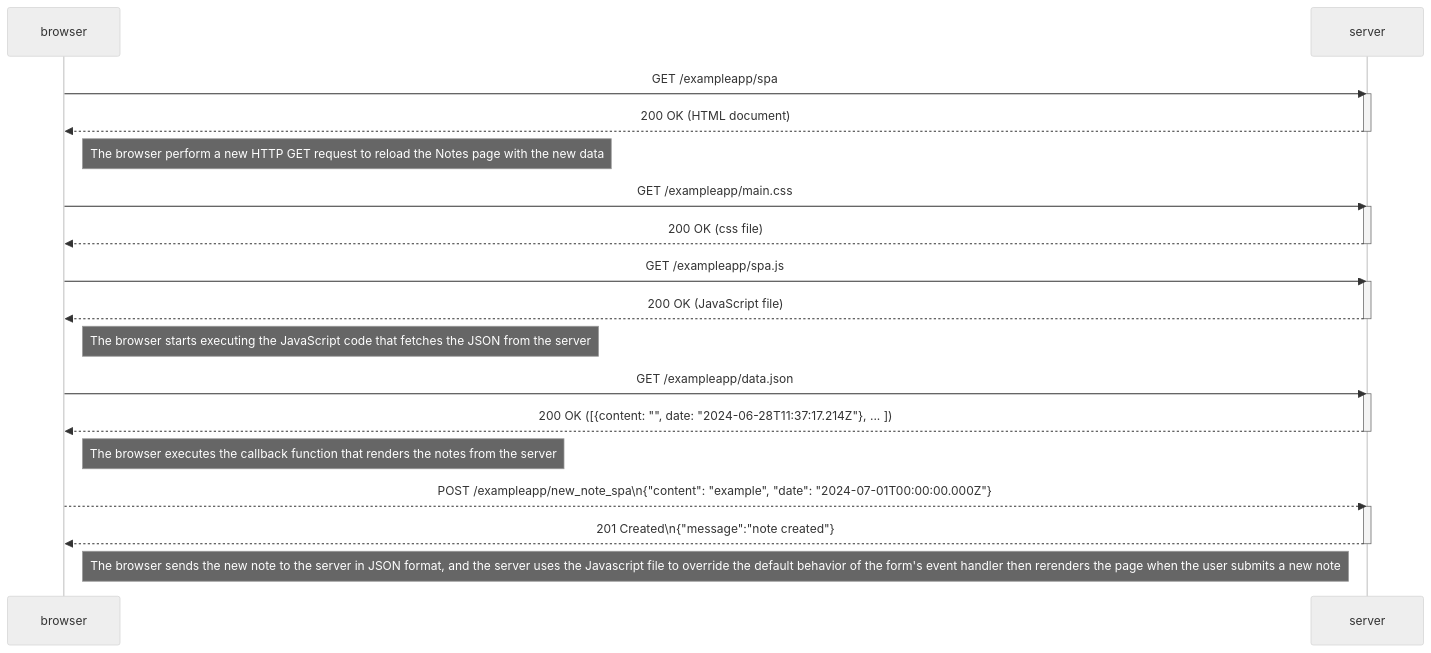
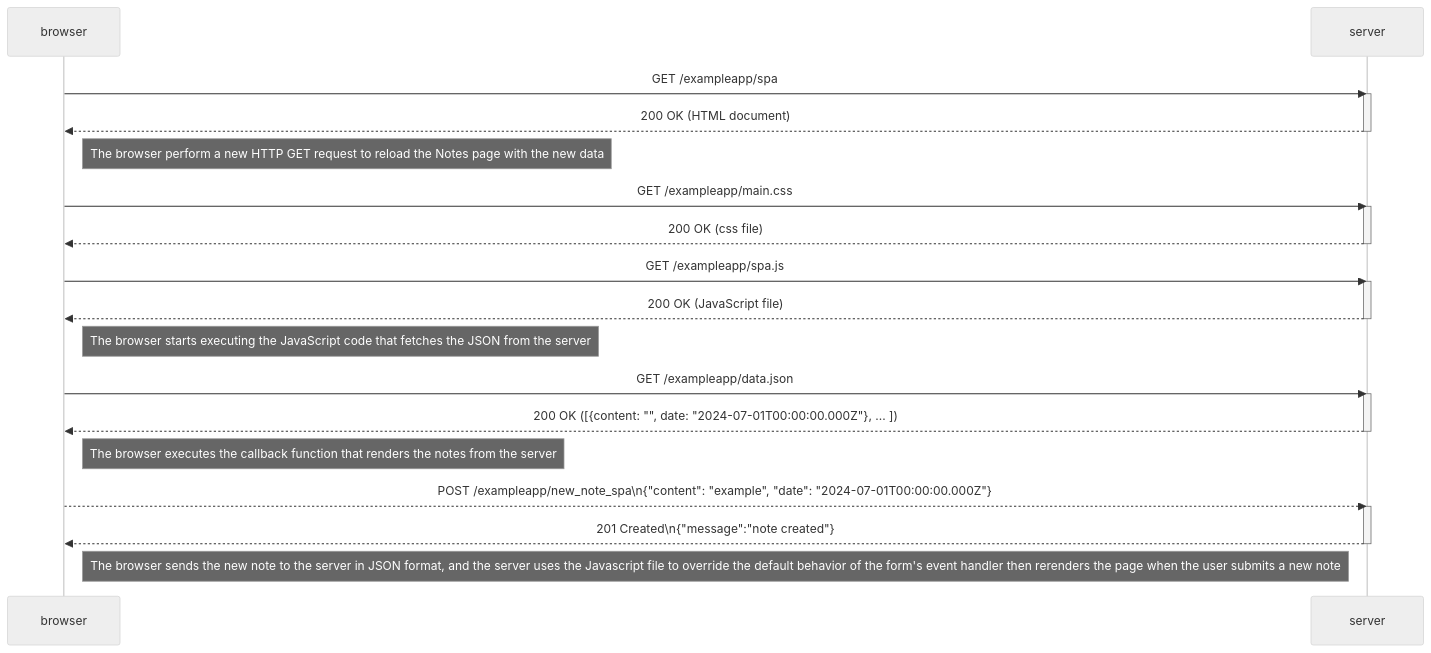
Before and after one commit to dollybuzz/fullstackopen: the diagram in part0/0.6_NewNoteSPADiagram.md, drawn with Mermaid (neutral theme). The commit also changed 2 other files, not shown here.

Commit message:
update date in notes

````diff
--- a/part0/0.6_NewNoteSPADiagram.md
+++ b/part0/0.6_NewNoteSPADiagram.md
@@ -1,38 +1,38 @@
 ```mermaid
 sequenceDiagram
     participant browser
     participant server
 
     browser->>server: GET /exampleapp/spa
     activate server
     server-->>browser: 200 OK (HTML document)
     deactivate server
 
     Note right of browser: The browser perform a new HTTP GET request to reload the Notes page with the new data
 
     browser->>server: GET /exampleapp/main.css
     activate server
     server-->>browser: 200 OK (css file)
     deactivate server
 
     browser->>server: GET /exampleapp/spa.js
     activate server
     server-->>browser: 200 OK (JavaScript file)
     deactivate server
 
     Note right of browser: The browser starts executing the JavaScript code that fetches the JSON from the server
 
     browser->>server: GET /exampleapp/data.json
     activate server
-    server-->>browser: 200 OK ([{content: "", date: "2024-06-28T11:37:17.214Z"}, ... ])
+    server-->>browser: 200 OK ([{content: "", date: "2024-07-01T00:00:00.000Z"}, ... ])
     deactivate server
 
     Note right of browser: The browser executes the callback function that renders the notes from the server
 
     browser-->>server: POST /exampleapp/new_note_spa\n{"content": "example", "date": "2024-07-01T00:00:00.000Z"}
     activate server
     server-->>browser: 201 Created\n{"message":"note created"}
     deactivate server
 
     Note right of browser: The browser sends the new note to the server in JSON format, and the server uses the Javascript file to override the default behavior of the form's event handler then rerenders the page when the user submits a new note
 ```
````
